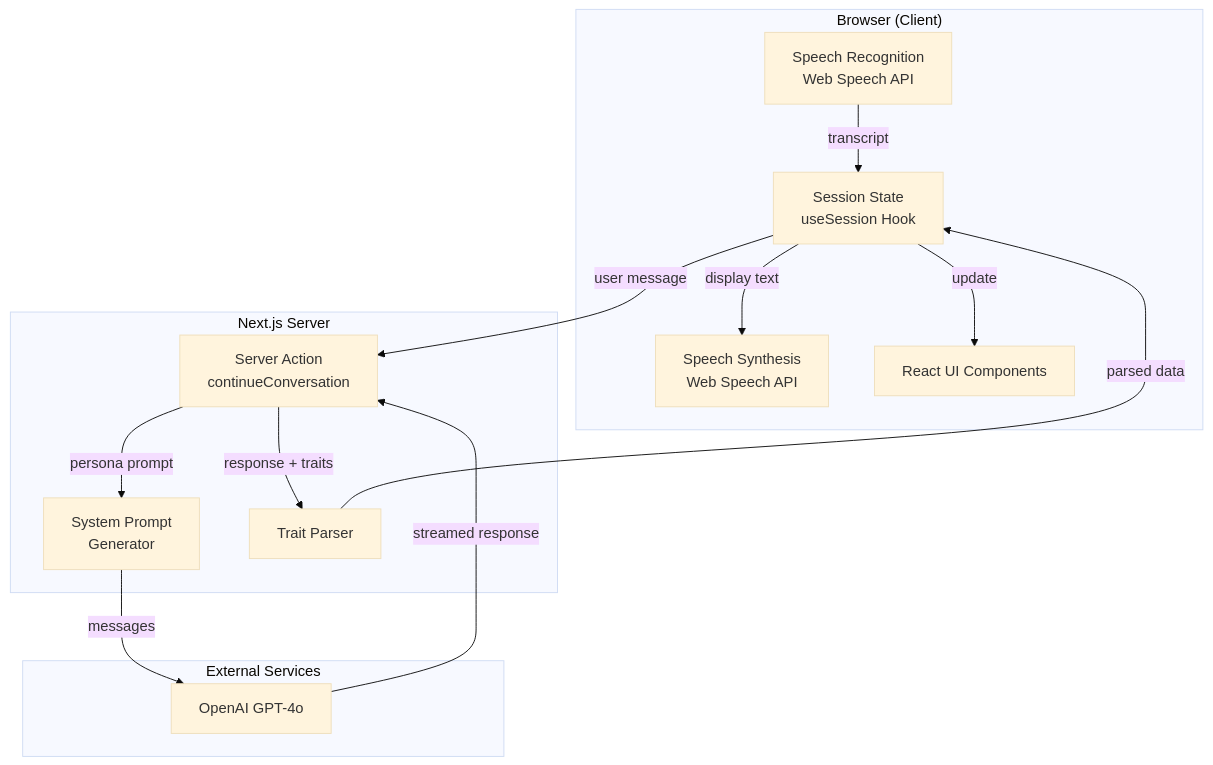
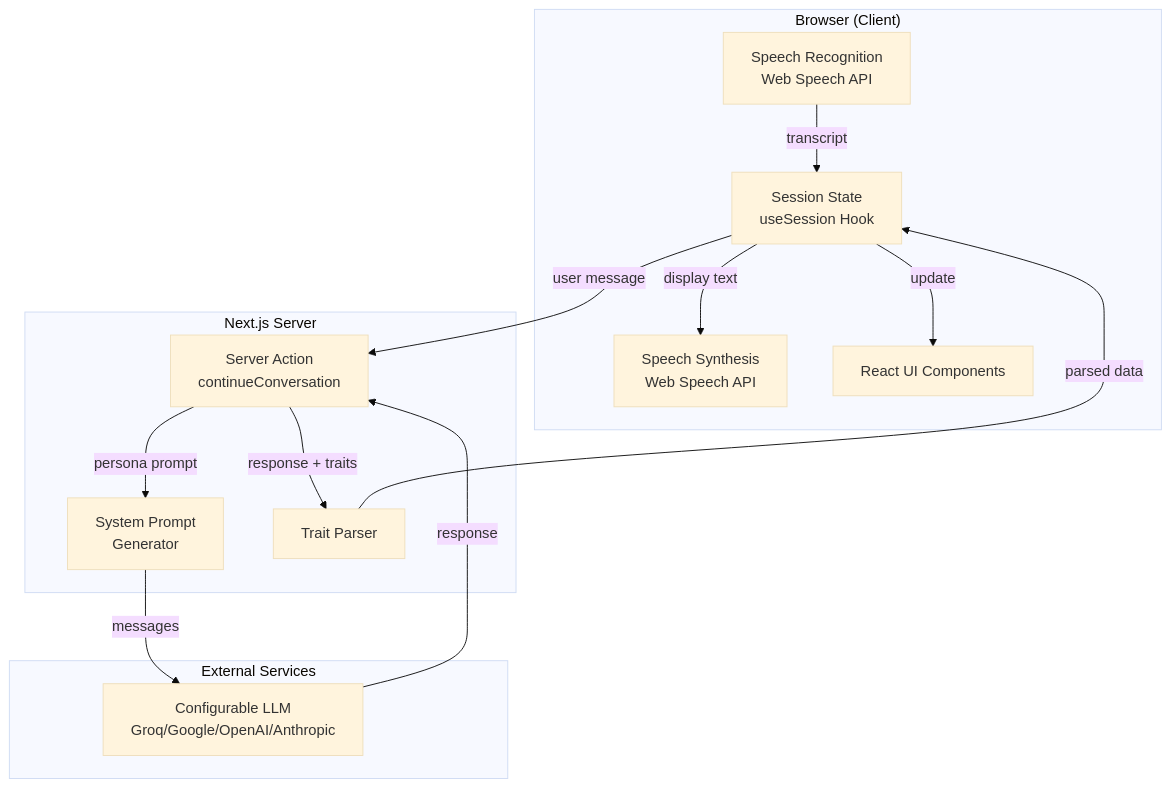
Before and after one commit to adaratech/av-broker-trainer: the diagram in ARCHITECTURE.md, drawn with Mermaid (base theme). The commit also changed other lines of this file and 11 other files, not shown here.

````diff
--- a/ARCHITECTURE.md
+++ b/ARCHITECTURE.md
@@ -16,29 +16,29 @@
 ```mermaid
 flowchart TD
     subgraph Browser["Browser (Client)"]
         STT[Speech Recognition<br/>Web Speech API]
         TTS[Speech Synthesis<br/>Web Speech API]
         UI[React UI Components]
         State[Session State<br/>useSession Hook]
     end
 
     subgraph Server["Next.js Server"]
         Action[Server Action<br/>continueConversation]
         Prompt[System Prompt<br/>Generator]
         Parser[Trait Parser]
     end
 
     subgraph External["External Services"]
-        OpenAI[OpenAI GPT-4o]
+        LLM[Configurable LLM<br/>Groq/Google/OpenAI/Anthropic]
     end
 
     STT -->|transcript| State
     State -->|user message| Action
     Action -->|persona prompt| Prompt
-    Prompt -->|messages| OpenAI
-    OpenAI -->|streamed response| Action
+    Prompt -->|messages| LLM
+    LLM -->|response| Action
     Action -->|response + traits| Parser
     Parser -->|parsed data| State
     State -->|display text| TTS
     State -->|update| UI
 ```
````
